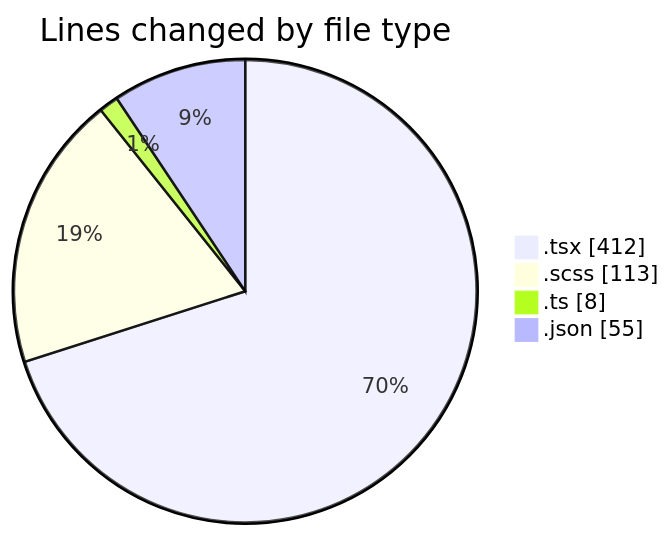
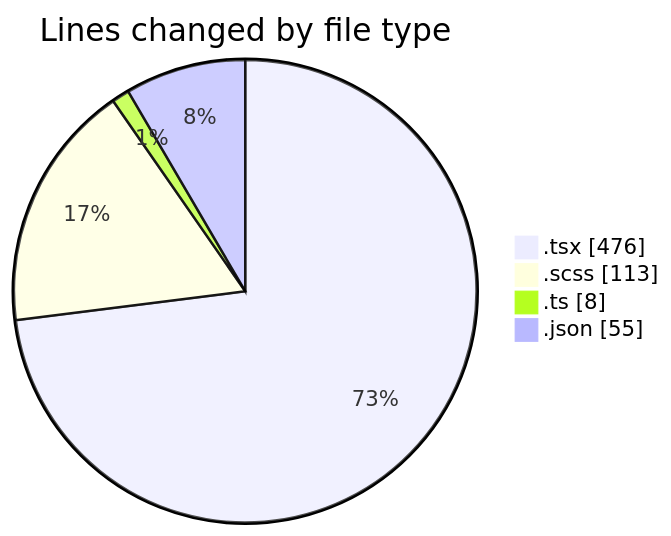
One commit to momahboobian/code-tracking changed the first of 2 diagrams in 2026-10-30/cda/README.md. Above: the diagram before and after it, drawn with Mermaid. The commit also changed other lines of this file and 1 other file, not shown here.

````diff
--- a/2026-10-30/cda/README.md
+++ b/2026-10-30/cda/README.md
@@ -27,8 +28,8 @@
 ```mermaid
 pie showData
 title Lines changed by file type
-".tsx" : 412
+".tsx" : 476
 ".scss" : 113
 ".ts" : 8
 ".json" : 55
 ```
````
